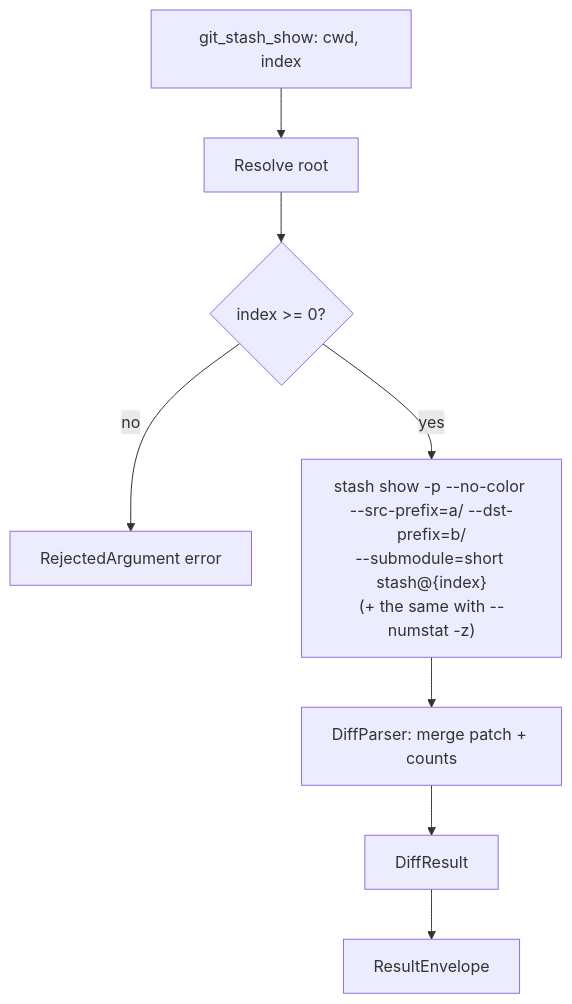
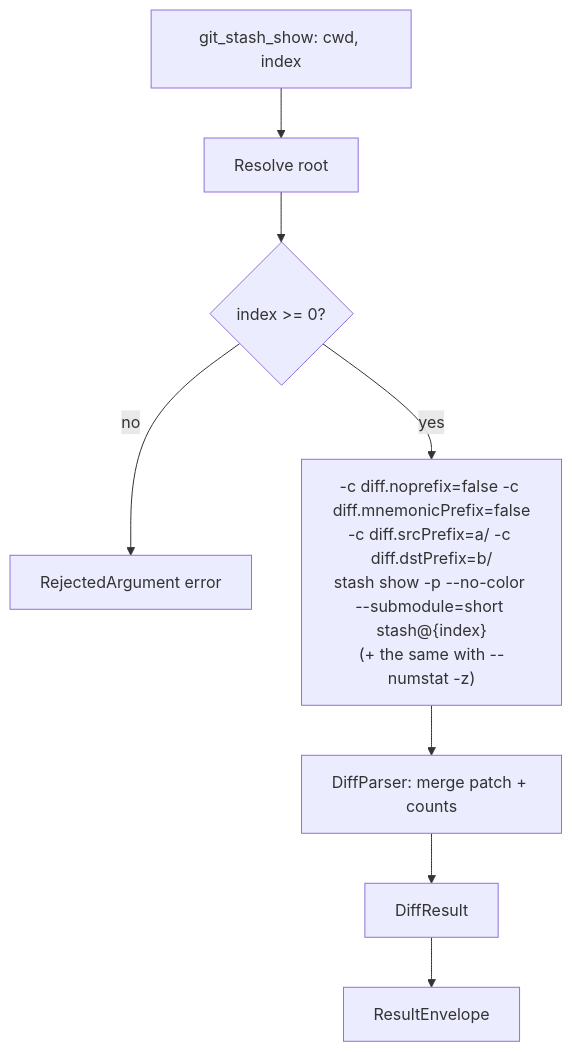
Before and after one commit to brenordv/mcp-toolset: diagram 13 of 14 in src/RaccoonNinja.McpToolset.Server.GitOps/README.md, drawn with Mermaid. The commit also changed other lines of this file and 8 other files, not shown here.

First line of the commit message:
Pin consistent prefixes in `git_stash_show` to fix parsing errors and submodule handling

````diff
--- a/src/RaccoonNinja.McpToolset.Server.GitOps/README.md
+++ b/src/RaccoonNinja.McpToolset.Server.GitOps/README.md
@@ -436,10 +439,10 @@
 ```mermaid
 flowchart TD
     A["git_stash_show: cwd, index"] --> B[Resolve root]
     B --> C{index >= 0?}
     C -- no --> D[RejectedArgument error]
-    C -- yes --> E["stash show -p --no-color --src-prefix=a/ --dst-prefix=b/<br/>--submodule=short stash@{index}<br/>(+ the same with --numstat -z)"]
+    C -- yes --> E["-c diff.noprefix=false -c diff.mnemonicPrefix=false<br/>-c diff.srcPrefix=a/ -c diff.dstPrefix=b/<br/>stash show -p --no-color --submodule=short stash@{index}<br/>(+ the same with --numstat -z)"]
     E --> F[DiffParser: merge patch + counts]
     F --> G[DiffResult]
     G --> H[ResultEnvelope]
 ```
````
